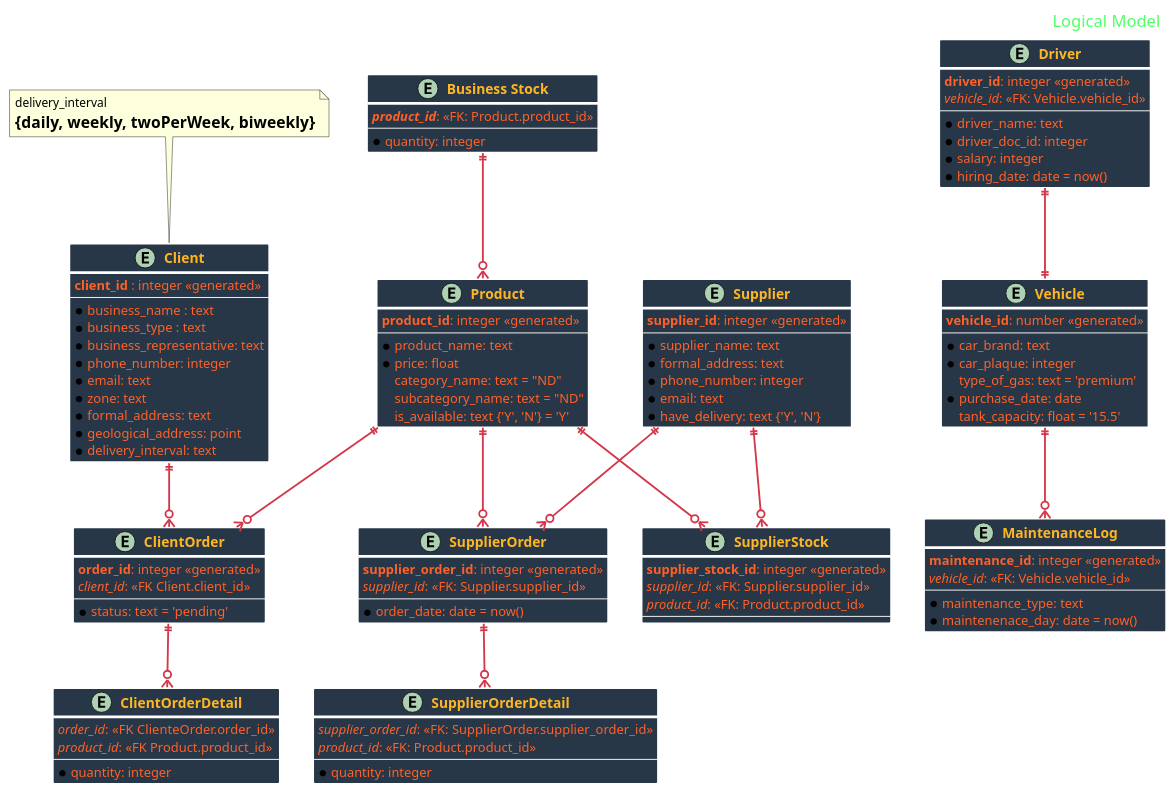
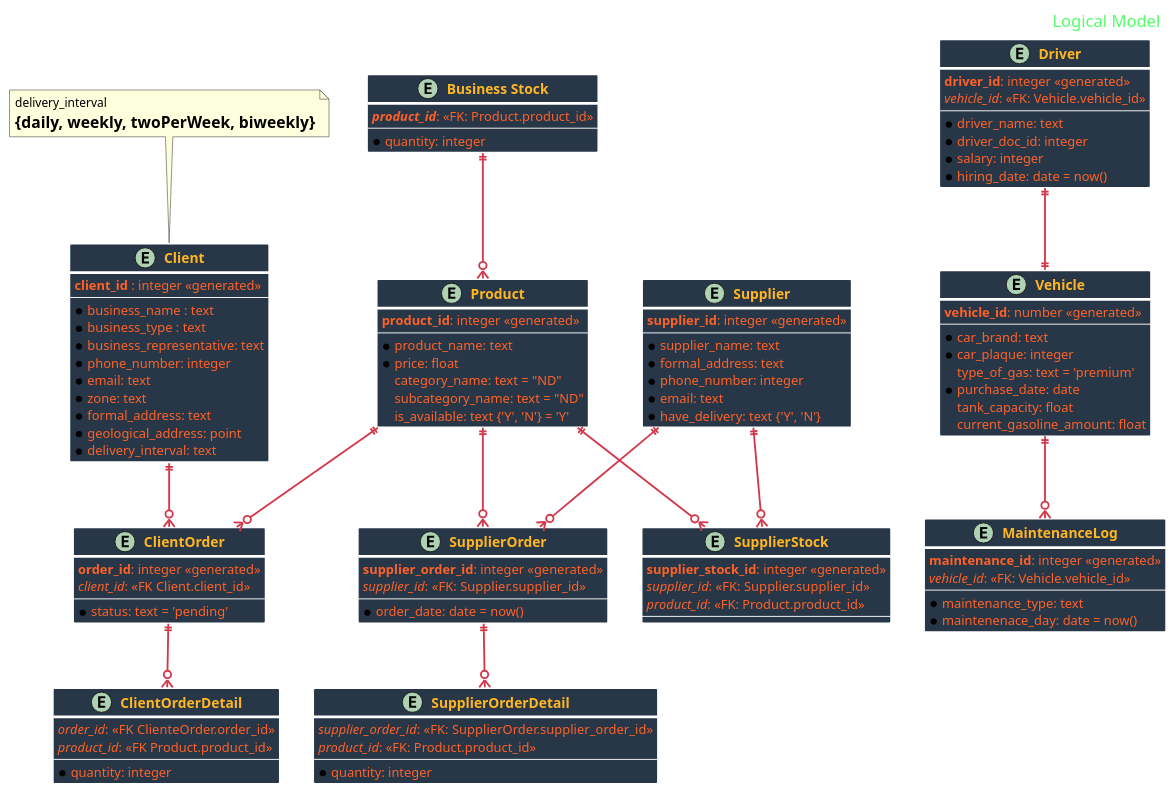
One commit to hros19/CorreCaminos-management-system changed the diagram in logical_diagram.puml. Above: the diagram before and after it, drawn with PlantUML.

```diff
--- a/logical_diagram.puml
+++ b/logical_diagram.puml
@@ -1,144 +1,145 @@
 @startuml Logical Database Model
 
 skinparam BackgroundColor transparent
 
 skinparam HeaderFontColor #52FF69
 skinparam HeaderFontSize 18
 
 skinparam ArrowFontSize 15
 skinparam ArrowColor D3374A
 skinparam ArrowThickness 2
 skinparam ArrowFontColor #3FD0C4
 
 skinparam ClassBorderColor white
 skinparam ClassBorderThickness 3
 skinparam ClassAttributeFontSize 14
 skinparam ClassAttributeFontColor FF6127
 skinparam ClassBackgroundColor #283747
 skinparam ClassFontSize 15
 skinparam ClassFontStyle Bold
 skinparam ClassFontColor #FFB623
 
 
 header Logical Model
 
 entity "Client" as Client {
   **client_id** : integer <<generated>>
   --
   *business_name : text
   *business_type : text
   *business_representative: text
   *phone_number: integer
   *email: text
   *zone: text
   *formal_address: text
   *geological_address: point
   *delivery_interval: text
 }
 note top
   delivery_interval 
   = {daily, weekly, twoPerWeek, biweekly}
 end note
 
 entity "Vehicle" as Vehicle {
     **vehicle_id**: number <<generated>>
     --
     *car_brand: text
     *car_plaque: integer
     type_of_gas: text = 'premium'
     *purchase_date: date
-    tank_capacity: float = '15.5' 
+    tank_capacity: float
+    current_gasoline_amount: float
 }
 
 entity "MaintenanceLog" as MaintenanceLog {
     **maintenance_id**: integer <<generated>>
      //vehicle_id//: <<FK: Vehicle.vehicle_id>> 
     --
     *maintenance_type: text
     *maintenenace_day: date = now()
 }
 
 entity "Driver" as Driver {
     **driver_id**: integer <<generated>>
     //vehicle_id//: <<FK: Vehicle.vehicle_id>>
     --
     *driver_name: text
     *driver_doc_id: integer
     *salary: integer
     *hiring_date: date = now()
 }
 
 entity "ClientOrder" as OrderC{
     **order_id**: integer <<generated>>
     //client_id//: <<FK Client.client_id>>
     --
     *status: text = 'pending'
 }
 
 entity "ClientOrderDetail" as OrderDetail {
     //order_id//: <<FK ClienteOrder.order_id>>
     //product_id//: <<FK Product.product_id>>
     --
     *quantity: integer
 }
 
 entity "Business Stock" as BusinessStock {
     **//product_id//**: <<FK: Product.product_id>>
     --
     *quantity: integer
 }
 
 entity "Supplier" as Supplier {
     **supplier_id**: integer <<generated>>
     --
     *supplier_name: text
     *formal_address: text
     *phone_number: integer
     *email: text
     *have_delivery: text {'Y', 'N'}
 }
 
 entity "Product" as Product {
     **product_id**: integer <<generated>>
     --
     *product_name: text
     *price: float
     category_name: text = "ND"
     subcategory_name: text = "ND"
     is_available: text {'Y', 'N'} = 'Y'
 }
 
 entity "SupplierStock" as SupplierStock {
     **supplier_stock_id**: integer <<generated>>
     //supplier_id//: <<FK: Supplier.supplier_id>>
     //product_id//: <<FK: Product.product_id>>
     --
 }
 
 entity "SupplierOrder" as SupplierOrder {
     **supplier_order_id**: integer <<generated>>
     //supplier_id//: <<FK: Supplier.supplier_id>>
     --
    *order_date: date = now()
 }
 
 entity "SupplierOrderDetail" as SupplierOrderDetail {
     //supplier_order_id//: <<FK: SupplierOrder.supplier_order_id>>
     //product_id//: <<FK: Product.product_id>>
     --
     *quantity: integer
 }
 
 Driver ||--|| Vehicle
 Vehicle ||--o{ MaintenanceLog
 Client ||--o{ OrderC
 Product ||--o{ OrderC
 OrderC ||--o{ OrderDetail
 Supplier ||--o{ SupplierOrder
 Supplier ||--o{ SupplierStock
 Product ||--o{ SupplierStock
 Product ||--o{ SupplierOrder
 BusinessStock ||--o{ Product
 SupplierOrder ||--o{  SupplierOrderDetail
 
 @enduml
```
